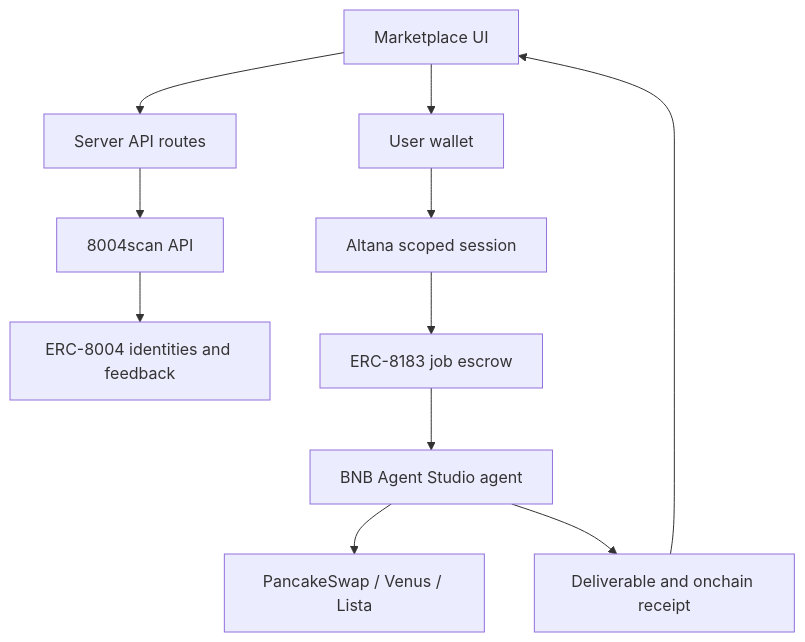
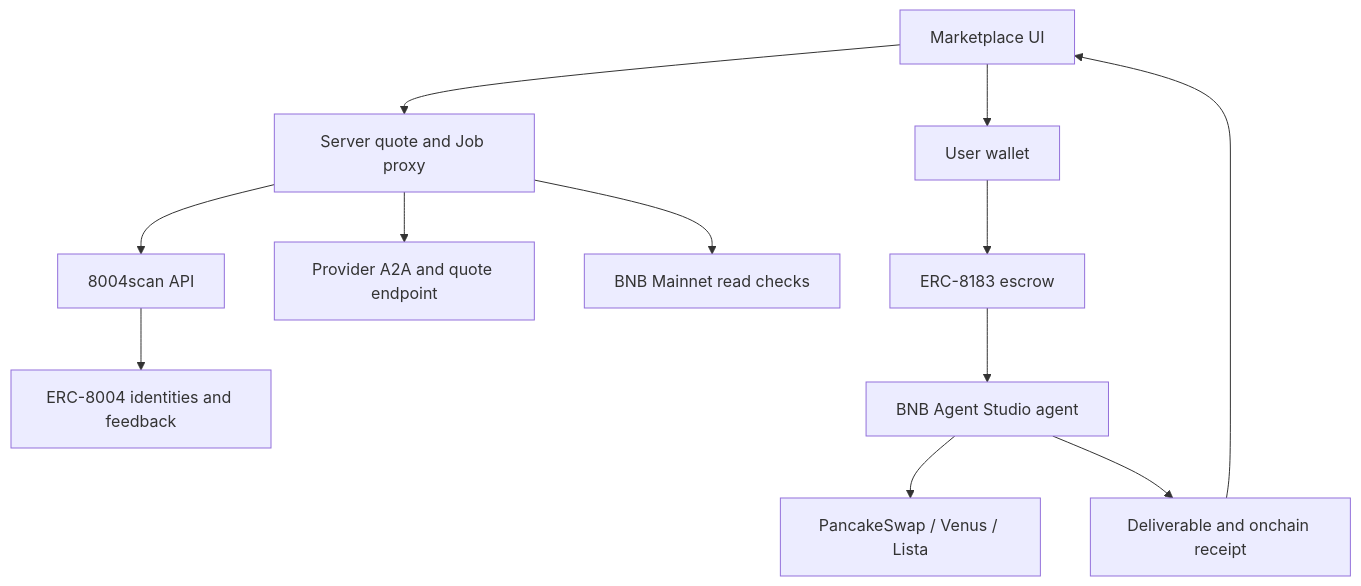
Before and after one commit to mycyi1994-hash/GrabitBNBHackton: the second of 2 diagrams in docs/ARCHITECTURE.md, drawn with Mermaid. The commit also changed other lines of this file and 12 other files, not shown here.

```diff
--- a/docs/ARCHITECTURE.md
+++ b/docs/ARCHITECTURE.md
@@ -19,13 +20,14 @@
 ~~~mermaid
 flowchart TD
-  Browser[Marketplace UI] --> API[Server API routes]
+  Browser[Marketplace UI] --> API[Server quote and Job proxy]
   API --> Scan[8004scan API]
   Scan --> Registry[ERC-8004 identities and feedback]
+  API --> Seller[Provider A2A and quote endpoint]
+  API --> RPC[BNB Mainnet read checks]
   Browser --> Wallet[User wallet]
-  Wallet --> Altana[Altana scoped session]
-  Altana --> Job[ERC-8183 job escrow]
+  Wallet --> Job[ERC-8183 escrow]
   Job --> Agent[BNB Agent Studio agent]
   Agent --> Protocol[PancakeSwap / Venus / Lista]
   Agent --> Receipt[Deliverable and onchain receipt]
   Receipt --> Browser
 ~~~
```
